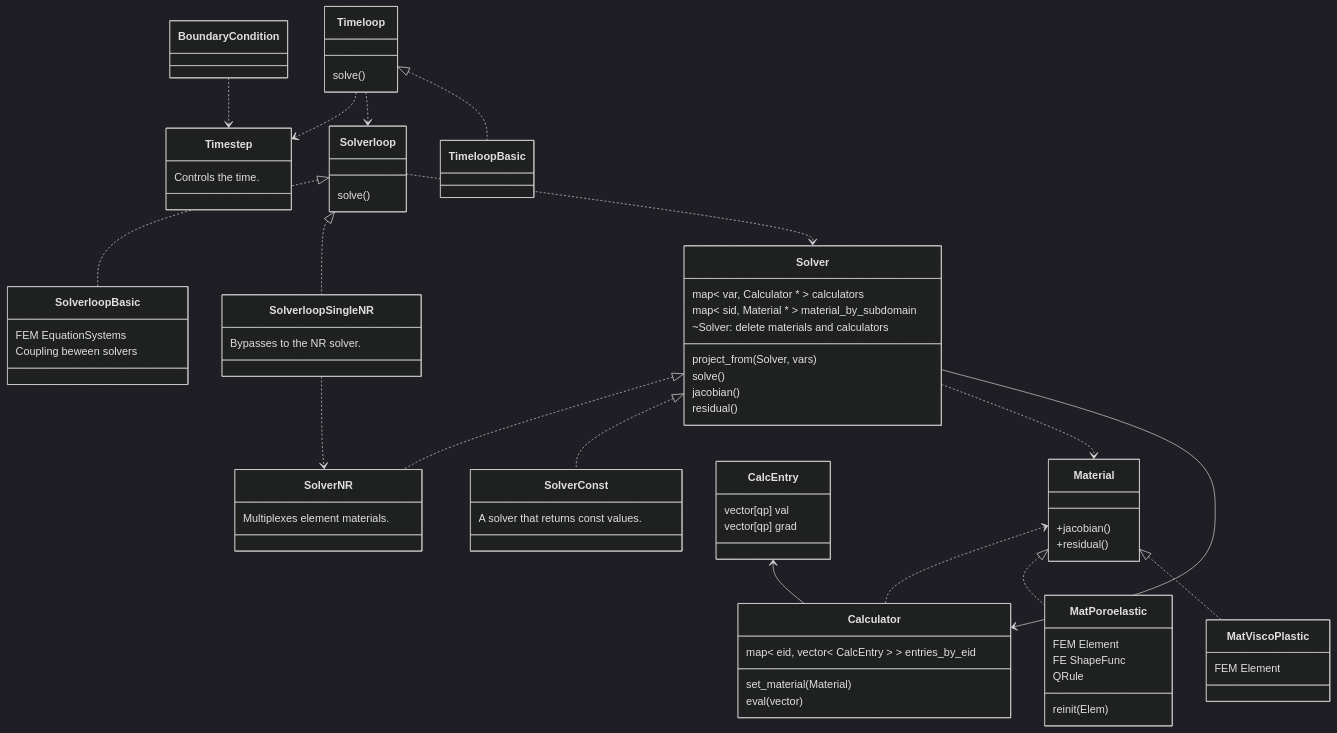
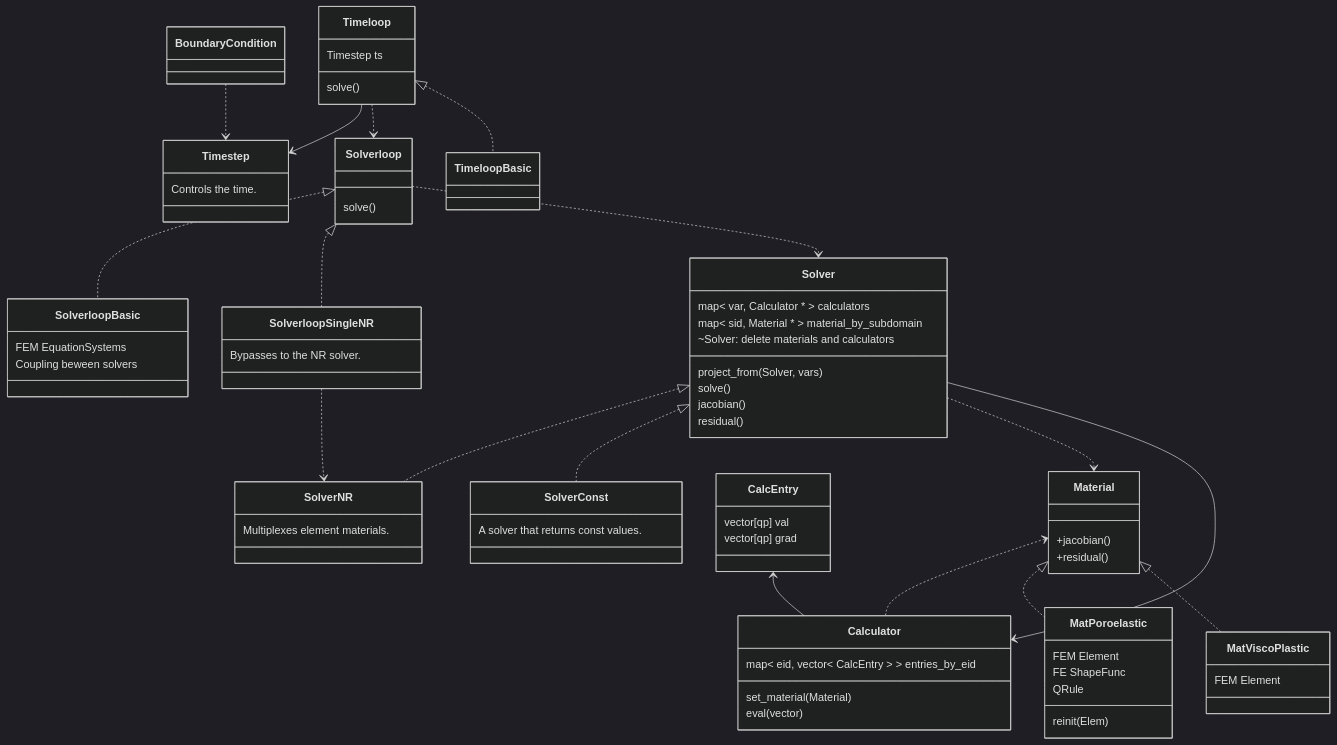
Before and after one commit to rebpoli/harpy: the diagram in include/README.md, drawn with Mermaid (dark theme).

```diff
--- a/include/README.md
+++ b/include/README.md
@@ -16,6 +16,7 @@
 classDiagram
 %% Interfaces
     class Timeloop { 
+        Timestep ts
         solve()
     }
 
@@ -77,7 +78,7 @@
     class SolverNR { Multiplexes element materials. }
 
 %% Dependencies
-    Timeloop ..> Timestep
+    Timeloop --> Timestep
     Timeloop ..> Solverloop
 
     SolverloopSingleNR ..> SolverNR
```
